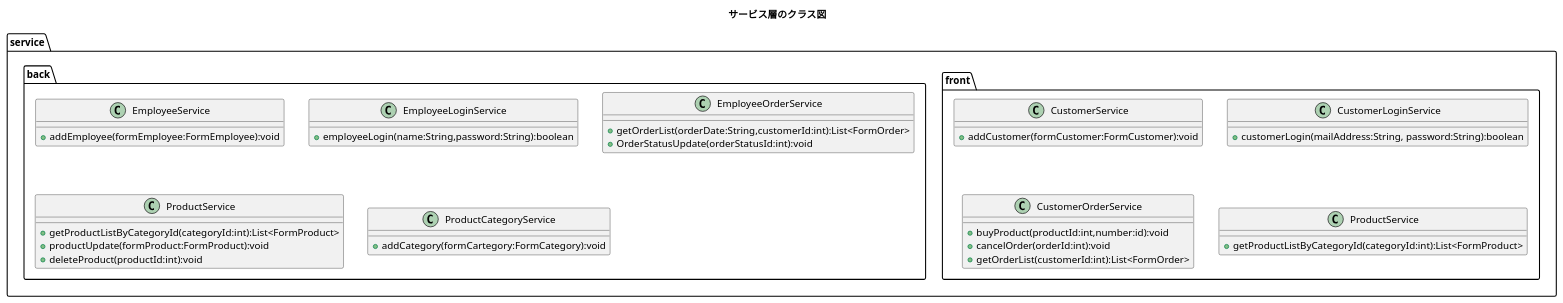
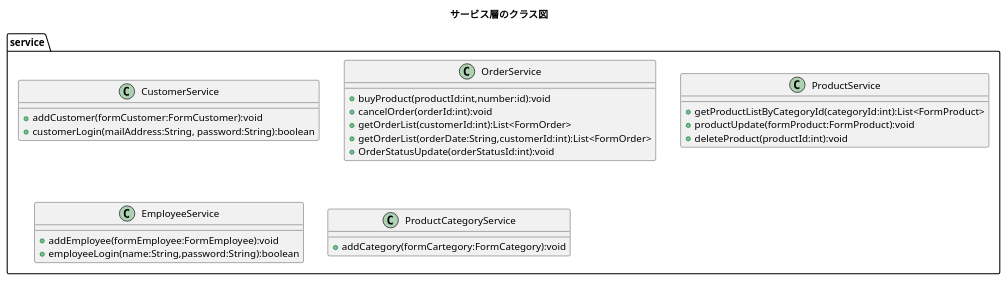
Before and after one commit to kanavii3333/ec-b: the diagram in plan/uml/class/service.plantuml, drawn with PlantUML. The commit also changed 2 other files, not shown here.

Commit message:
クラス図　メソッド名修正

```diff
--- a/plan/uml/class/service.plantuml
+++ b/plan/uml/class/service.plantuml
@@ -1,51 +1,33 @@
 @startuml
 title サービス層のクラス図
 package service{
-	package front{
-		class CustomerService{
-			+ addCustomer(formCustomer:FormCustomer):void
-		}
-		
-		class CustomerLoginService{
-			+ customerLogin(mailAddress:String, password:String):boolean
-		}
-		
-		class CustomerOrderService{
-			+ buyProduct(productId:int,number:id):void
-			+ cancelOrder(orderId:int):void
-			+ getOrderList(customerId:int):List<FormOrder>
-		}
-		
-		class ProductService{
-			+ getProductListByCategoryId(categoryId:int):List<FormProduct>
-		}
+	class CustomerService{
+		+ addCustomer(formCustomer:FormCustomer):void
+		+ customerLogin(mailAddress:String, password:String):boolean
 	}
 	
-	package back{
-		class EmployeeService{
-			+ addEmployee(formEmployee:FormEmployee):void
-		}
-		
-		class EmployeeLoginService{
-			+ employeeLogin(name:String,password:String):boolean
-		}
-		
-		class EmployeeOrderService{
-			+ getOrderList(orderDate:String,customerId:int):List<FormOrder>
-			+ OrderStatusUpdate(orderStatusId:int):void
-		}
-		
-		class ProductService{
-			+ getProductListByCategoryId(categoryId:int):List<FormProduct>
-			+ productUpdate(formProduct:FormProduct):void
-			+ deleteProduct(productId:int):void
-		}
-		
-		class ProductCategoryService{
-			+ addCategory(formCartegory:FormCategory):void
-		}
+	class OrderService{
+		+ buyProduct(productId:int,number:id):void
+		+ cancelOrder(orderId:int):void
+		+ getOrderList(customerId:int):List<FormOrder>
+		+ getOrderList(orderDate:String,customerId:int):List<FormOrder>
+		+ OrderStatusUpdate(orderStatusId:int):void
 	}
 	
+	class ProductService{
+		+ getProductListByCategoryId(categoryId:int):List<FormProduct>
+		+ productUpdate(formProduct:FormProduct):void
+		+ deleteProduct(productId:int):void
+	}
+
+
+	class EmployeeService{
+		+ addEmployee(formEmployee:FormEmployee):void
+		+ employeeLogin(name:String,password:String):boolean
+	}
 	
+	class ProductCategoryService{
+		+ addCategory(formCartegory:FormCategory):void
+	}	
 }
 @enduml
```
